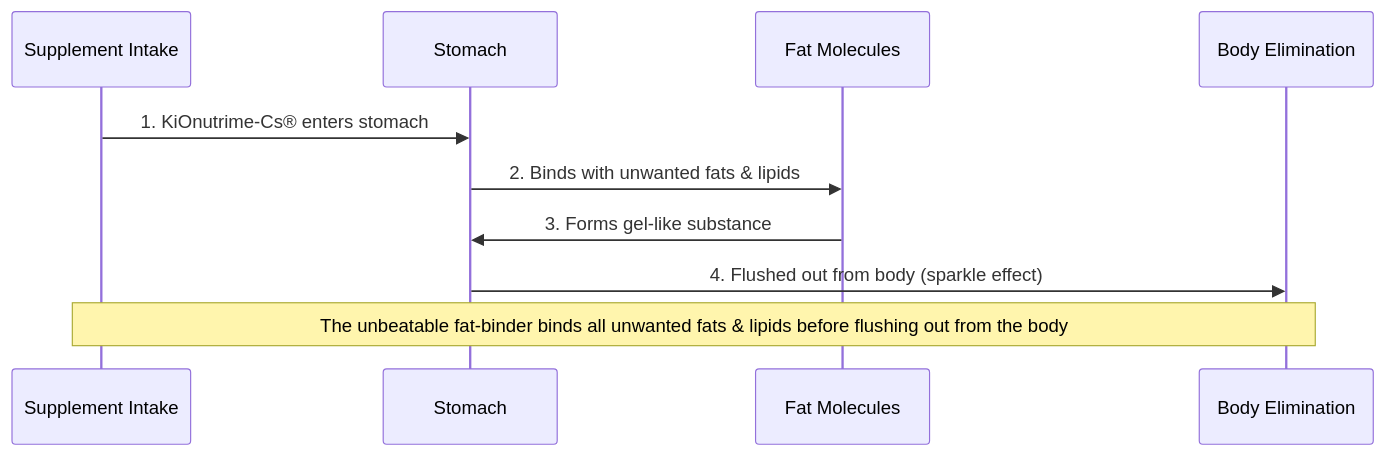
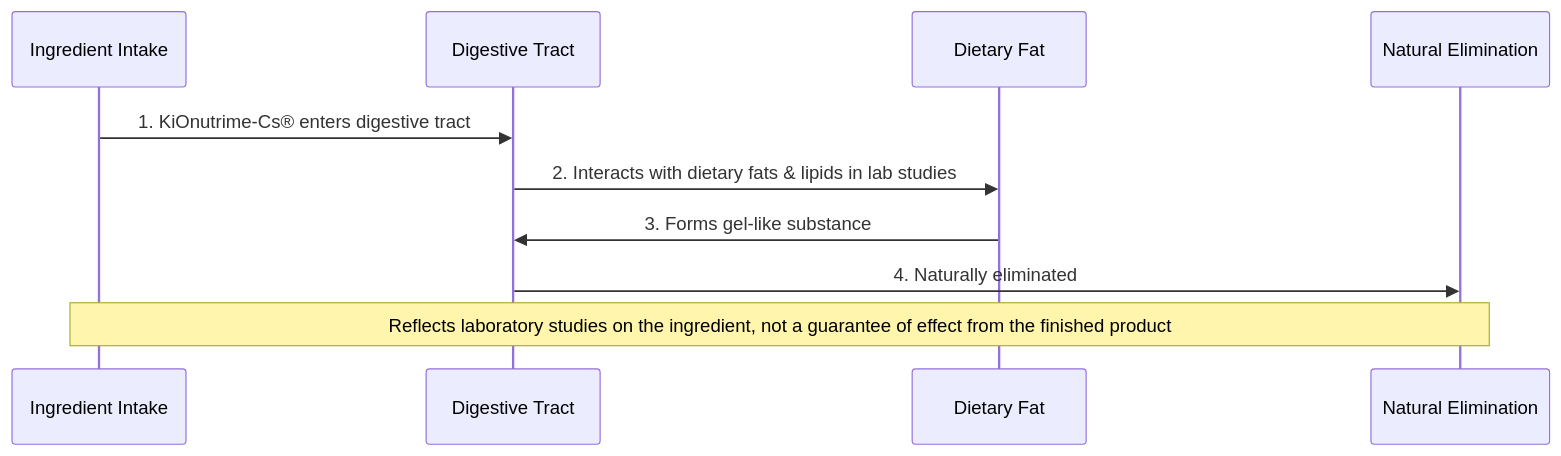
One commit to xpertadvisor/KiWish changed the third of 4 diagrams in Assets/kiwish_product_info.md. Above: the diagram before and after it, drawn with Mermaid. The commit also changed other lines of this file and 3 other files, not shown here.

````diff
--- a/Assets/kiwish_product_info.md
+++ b/Assets/kiwish_product_info.md
@@ -121,14 +124,14 @@
 ```mermaid
 sequenceDiagram
-    participant S as Supplement Intake
-    participant St as Stomach
-    participant F as Fat Molecules
-    participant B as Body Elimination
+    participant S as Ingredient Intake
+    participant St as Digestive Tract
+    participant F as Dietary Fat
+    participant B as Natural Elimination
     
-    S->>St: 1. KiOnutrime-Cs® enters stomach
-    St->>F: 2. Binds with unwanted fats & lipids
+    S->>St: 1. KiOnutrime-Cs® enters digestive tract
+    St->>F: 2. Interacts with dietary fats & lipids in lab studies
     F->>St: 3. Forms gel-like substance
-    St->>B: 4. Flushed out from body (sparkle effect)
+    St->>B: 4. Naturally eliminated
     
-    Note over S,B: The unbeatable fat-binder binds all unwanted fats & lipids before flushing out from the body
+    Note over S,B: Reflects laboratory studies on the ingredient, not a guarantee of effect from the finished product
 ```
````
